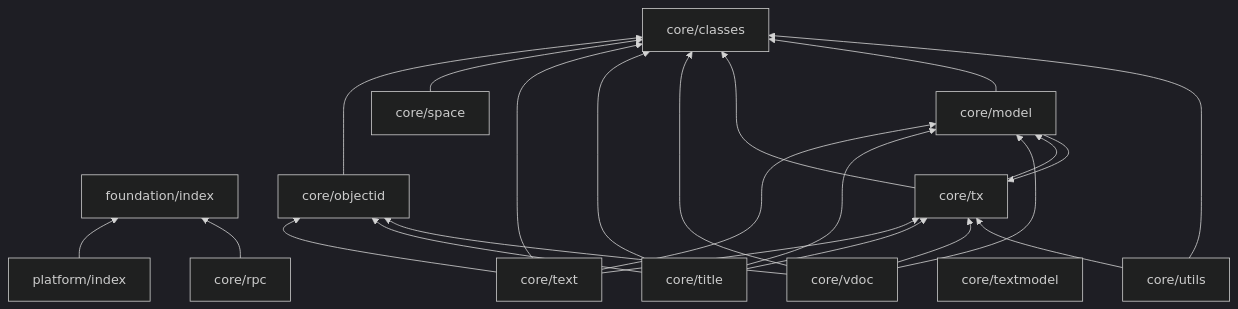
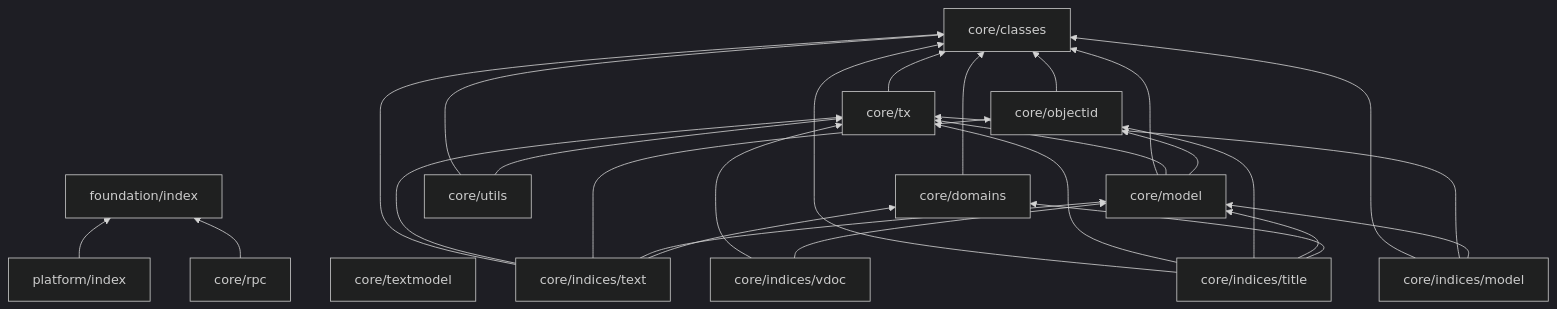
One commit to hcengineering/platform-0.2 changed the diagram in docs/content/docs/concepts/code-structure.md. Above: the diagram before and after it, drawn with Mermaid (dark theme). The commit also changed 12 other files, not shown here.

```diff
--- a/docs/content/docs/concepts/code-structure.md
+++ b/docs/content/docs/concepts/code-structure.md
@@ -16,16 +16,17 @@
 {{< mermaid >}}
 
 graph BT
     platform/index --> foundation/index
+    core/domains --> core/classes
     core/objectid --> core/classes
     core/rpc --> foundation/index
-    core/space --> core/classes
-    core/text --> core/classes & core/tx & core/objectid & core/model
-    core/title --> core/classes & core/tx & core/objectid & core/model
-    core/vdoc --> core/classes & core/tx & core/objectid & core/model
-    core/tx --> core/model & core/classes
-    core/model --> core/classes & core/tx
+    core/tx --> core/classes
+    core/model --> core/classes & core/tx & core/objectid
     core/textmodel
     core/utils --> core/classes & core/tx
+    core/indices/model --> core/classes & core/tx & core/model
+    core/indices/vdoc --> core/tx & core/model
+    core/indices/text --> core/classes & core/tx & core/objectid & core/model & core/domains
+    core/indices/title --> core/classes & core/tx & core/objectid & core/model & core/domains
 
 {{< /mermaid >}}
```
